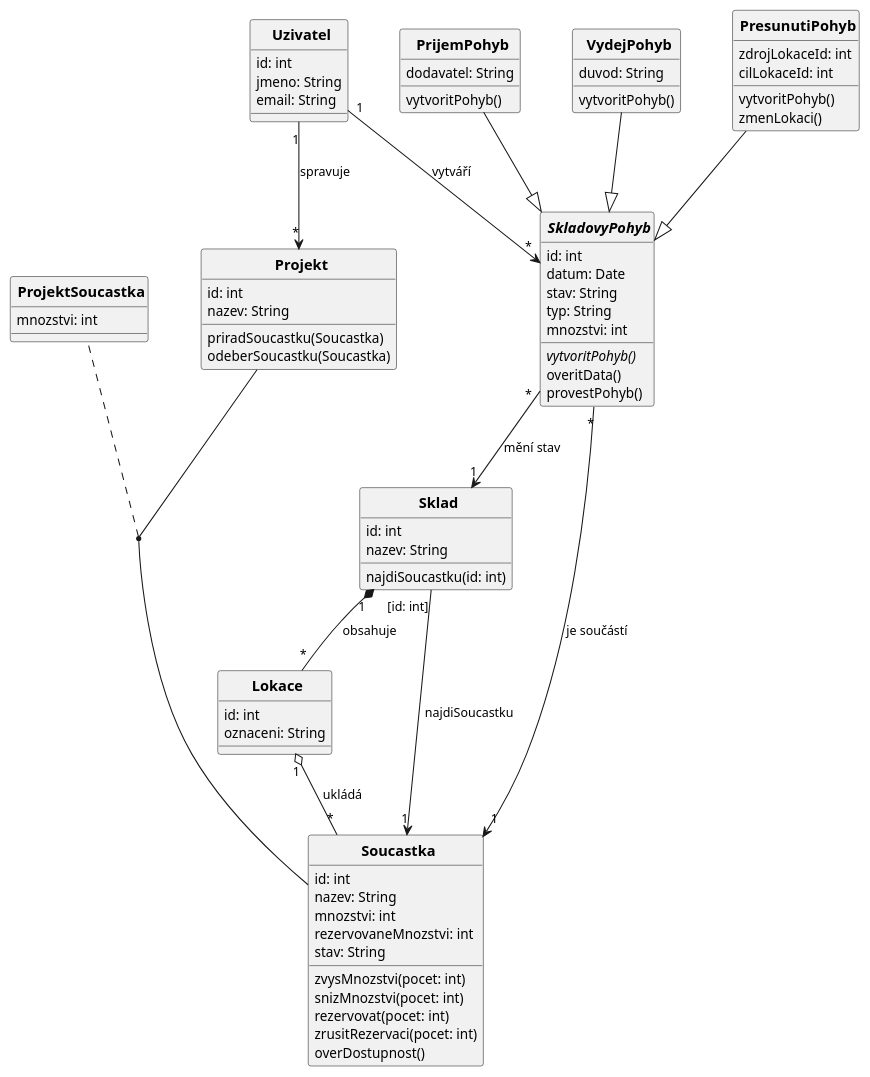
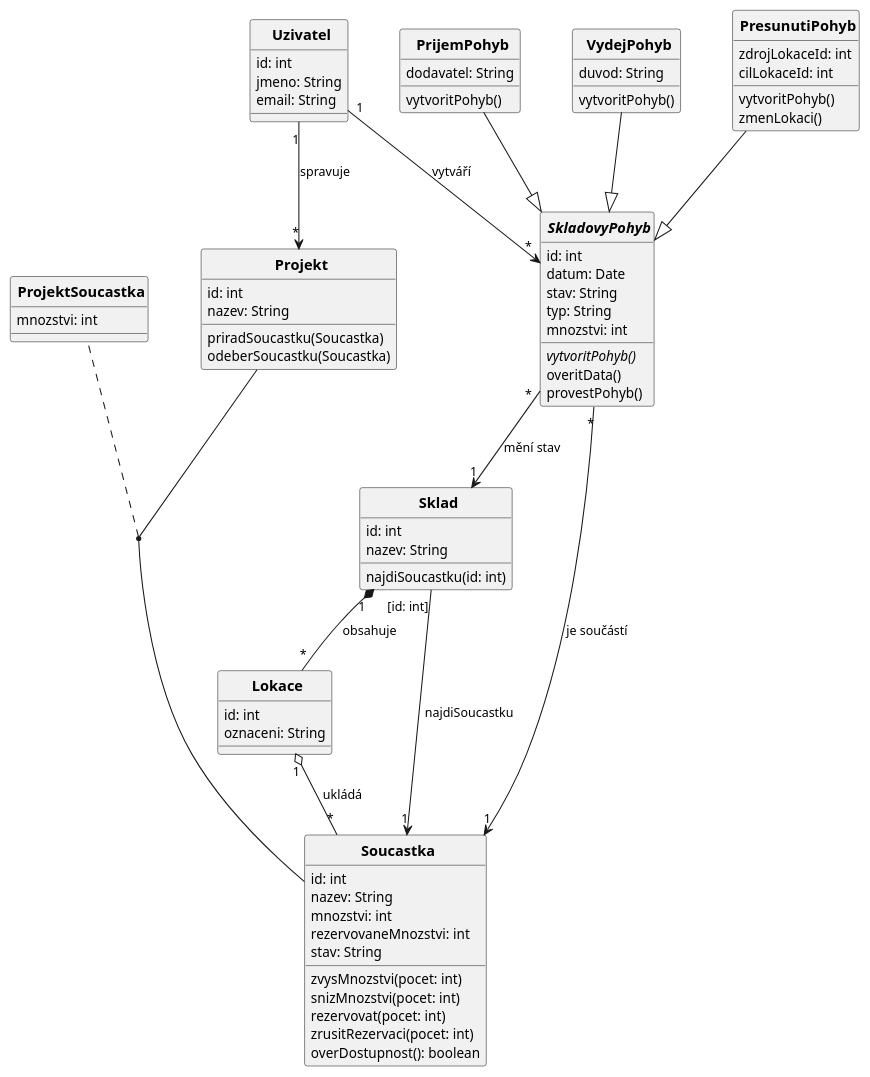
One commit to lkvapil/kOdevzdaniProjektWMS changed the diagram in diagrams/02_class_diagram.puml. Above: the diagram before and after it, drawn with PlantUML. The commit also changed 2 other files, not shown here.

Commit message:
Konzistence – overDostupnost boolean, aktéři ve scénářích, odstraněn emph

```diff
--- a/diagrams/02_class_diagram.puml
+++ b/diagrams/02_class_diagram.puml
@@ -1,106 +1,106 @@
 @startuml
 top to bottom direction
 skinparam CircledCharacterRadius 0
 skinparam CircledCharacterFontSize 0
 skinparam defaultFontSize 13
 skinparam classFontSize 14
 skinparam classFontStyle bold
 skinparam ArrowFontSize 12
 skinparam nodesep 50
 skinparam ranksep 60
 
 class Uzivatel {
   id: int
   jmeno: String
   email: String
 }
 
 class PrijemPohyb {
   dodavatel: String
   vytvoritPohyb()
 }
 
 class VydejPohyb {
   duvod: String
   vytvoritPohyb()
 }
 
 class PresunutiPohyb {
   zdrojLokaceId: int
   cilLokaceId: int
   vytvoritPohyb()
   zmenLokaci()
 }
 
 abstract class SkladovyPohyb {
   id: int
   datum: Date
   stav: String
   typ: String
   mnozstvi: int
   {abstract} vytvoritPohyb()
   overitData()
   provestPohyb()
 }
 
 class Projekt {
   id: int
   nazev: String
   priradSoucastku(Soucastka)
   odeberSoucastku(Soucastka)
 }
 
 class ProjektSoucastka {
   mnozstvi: int
 }
 
 class Sklad {
   id: int
   nazev: String
   najdiSoucastku(id: int)
 }
 
 class Lokace {
   id: int
   oznaceni: String
 }
 
 class Soucastka {
   id: int
   nazev: String
   mnozstvi: int
   rezervovaneMnozstvi: int
   stav: String
   zvysMnozstvi(pocet: int)
   snizMnozstvi(pocet: int)
   rezervovat(pocet: int)
   zrusitRezervaci(pocet: int)
-  overDostupnost()
+  overDostupnost(): boolean
 }
 
 ' ── Generalizace ──────────────────────────────────────────────────────────────
 PrijemPohyb    --|> SkladovyPohyb
 VydejPohyb     --|> SkladovyPohyb
 PresunutiPohyb --|> SkladovyPohyb
 
 ' ── Atribut spojení ───────────────────────────────────────────────────────────
 (Projekt, Soucastka) .. ProjektSoucastka
 Projekt -[hidden]left- ProjektSoucastka
 
 ' ── Kvalifikovaná vazba ───────────────────────────────────────────────────────
 Sklad "[id: int]" --> "1" Soucastka : najdiSoucastku
 
 ' ── Asociace ──────────────────────────────────────────────────────────────────
 SkladovyPohyb "*" --> "1" Soucastka     : je součástí
 Sklad         "1" *-- "*" Lokace        : obsahuje
 Lokace        "1" o-- "*" Soucastka     : ukládá
 SkladovyPohyb "*" --> "1" Sklad         : mění stav
 Uzivatel      "1" --> "*" SkladovyPohyb : vytváří
 Uzivatel      "1" --> "*" Projekt       : spravuje
 
 ' ── Layout ────────────────────────────────────────────────────────────────────
 Uzivatel    -[hidden]right- PrijemPohyb
 PrijemPohyb -[hidden]right- VydejPohyb
 VydejPohyb  -[hidden]right- PresunutiPohyb
 
 @enduml
```
